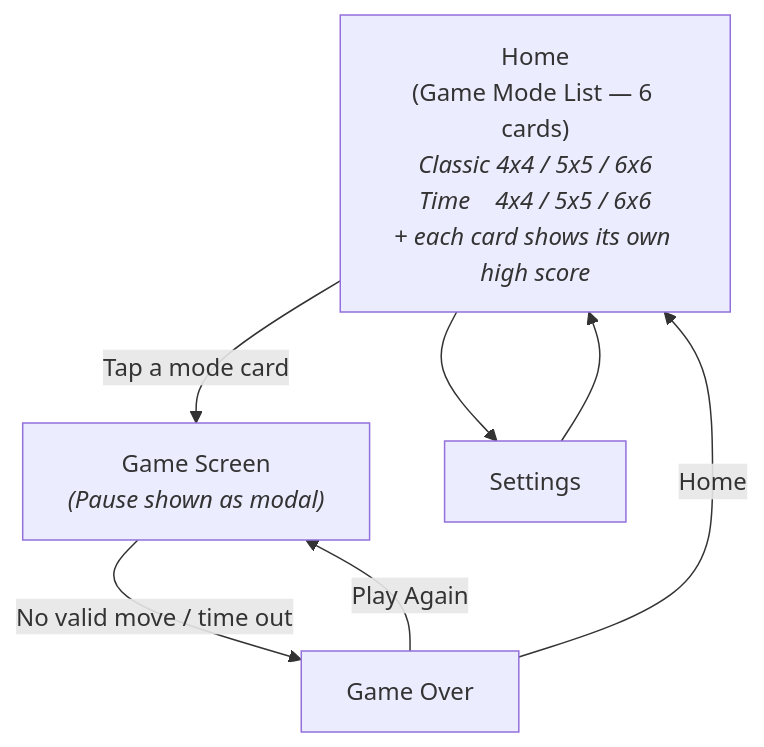
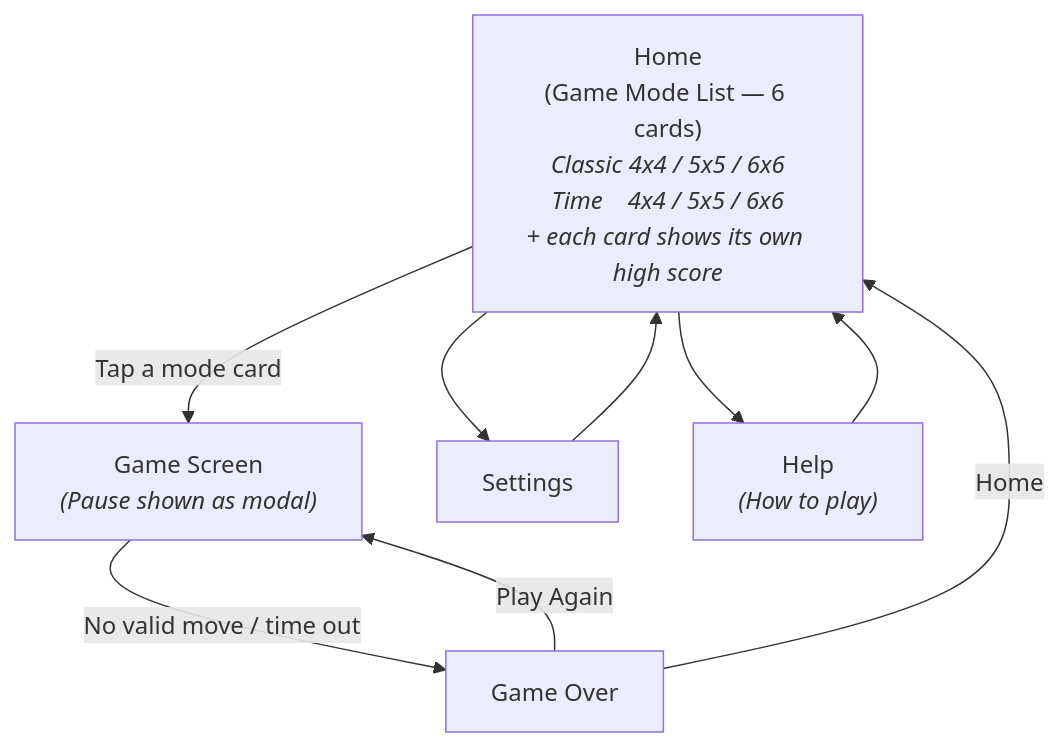
The second of 3 diagrams in Docs/software_requirement.md (LeThaiAn15112004/2048-Infinity-Merge), drawn with Mermaid before and after one commit. The commit also changed other lines of this file, not shown here.

````diff
--- a/Docs/software_requirement.md
+++ b/Docs/software_requirement.md
@@ -43,14 +43,17 @@
 ```mermaid
 flowchart TD
     Home["Home<br/>(Game Mode List — 6 cards)<br/><i>Classic 4x4 / 5x5 / 6x6</i><br/><i>Time&nbsp;&nbsp;&nbsp;&nbsp;4x4 / 5x5 / 6x6</i><br/><i>+ each card shows its own high score</i>"]
     Game["Game Screen<br/><i>(Pause shown as modal)</i>"]
     GameOver["Game Over"]
     Settings["Settings"]
+    Help["Help<br/><i>(How to play)</i>"]
 
     Home -->|Tap a mode card| Game
     Game -->|No valid move / time out| GameOver
     GameOver -->|Play Again| Game
     GameOver -->|Home| Home
     Home --> Settings
     Settings --> Home
+    Home --> Help
+    Help --> Home
 ```
````
